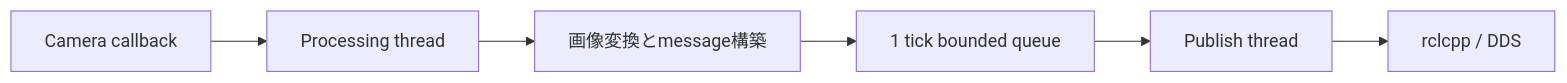
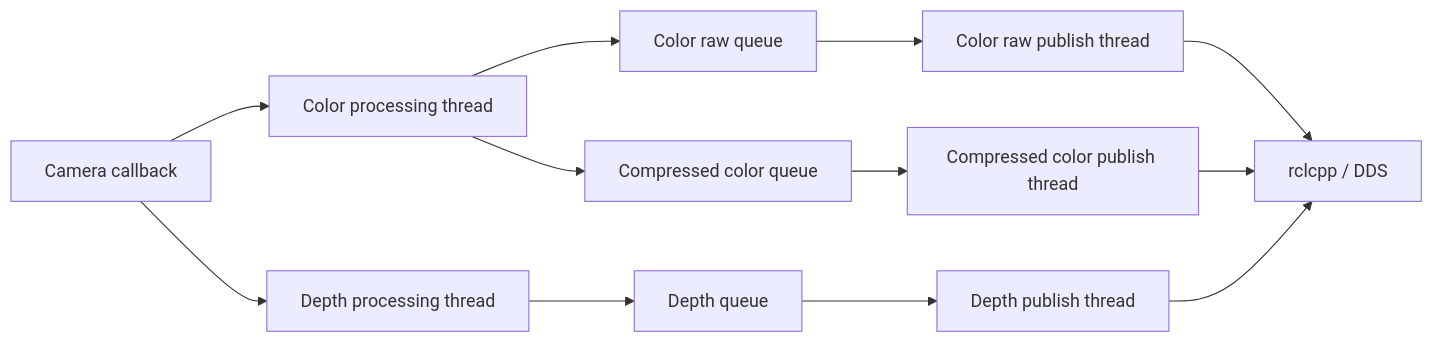
The first of 2 diagrams in docs/design/ros_io_thread_scheduling.ja.md (takatronix/fluent_vision_ros2), drawn with Mermaid before and after one commit. The commit also changed other lines of this file and 10 other files, not shown here.

````diff
--- a/docs/design/ros_io_thread_scheduling.ja.md
+++ b/docs/design/ros_io_thread_scheduling.ja.md
@@ -19,8 +21,14 @@
 ```mermaid
 flowchart LR
-    Camera[Camera callback] --> Processing[Processing thread]
-    Processing --> Build[画像変換とmessage構築]
-    Build --> Queue[1 tick bounded queue]
-    Queue --> Publisher[Publish thread]
-    Publisher --> DDS[rclcpp / DDS]
+    Camera[Camera callback] --> ColorProcessing[Color processing thread]
+    Camera --> DepthProcessing[Depth processing thread]
+    ColorProcessing --> RawQueue[Color raw queue]
+    ColorProcessing --> CompressedQueue[Compressed color queue]
+    DepthProcessing --> DepthQueue[Depth queue]
+    RawQueue --> RawPublisher[Color raw publish thread]
+    CompressedQueue --> CompressedPublisher[Compressed color publish thread]
+    DepthQueue --> DepthPublisher[Depth publish thread]
+    RawPublisher --> DDS[rclcpp / DDS]
+    CompressedPublisher --> DDS
+    DepthPublisher --> DDS
 ```
````
